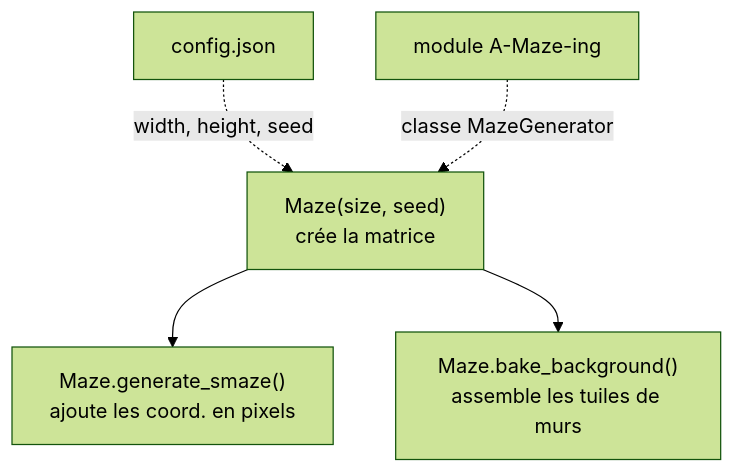
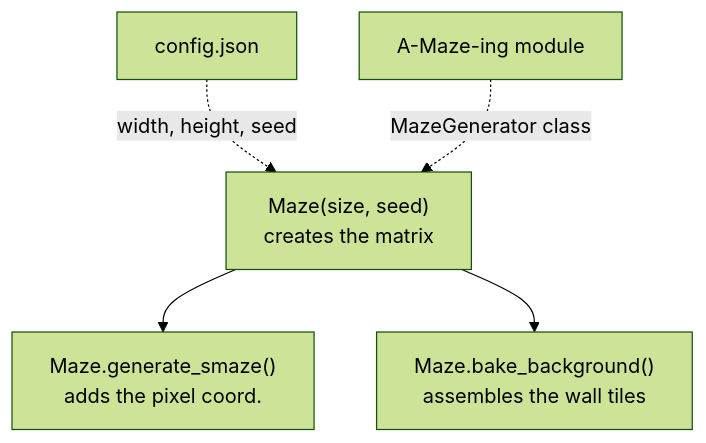
Before and after one commit to buchy16/Pac-Man: the first of 3 diagrams in README.md, drawn with Mermaid (forest theme). The commit also changed other lines of this file and 19 other files, not shown here.

````diff
--- a/README.md
+++ b/README.md
@@ -269,8 +271,8 @@
 ```mermaid
 flowchart TD
-    A1["config.json"] -.->|"width, height, seed"| B["Maze(size, seed)<br>crée la matrice"]
-    A2["module A-Maze-ing"] -.->|"classe MazeGenerator"| B
+    A1["config.json"] -.->|"width, height, seed"| B["Maze(size, seed)<br>creates the matrix"]
+    A2["A-Maze-ing module"] -.->|"MazeGenerator class"| B
 
-    B --> C1["Maze.generate_smaze()<br>ajoute les coord. en pixels"]
-    B --> C2["Maze.bake_background()<br>assemble les tuiles de murs"]
+    B --> C1["Maze.generate_smaze()<br>adds the pixel coord."]
+    B --> C2["Maze.bake_background()<br>assembles the wall tiles"]
 ```
````
